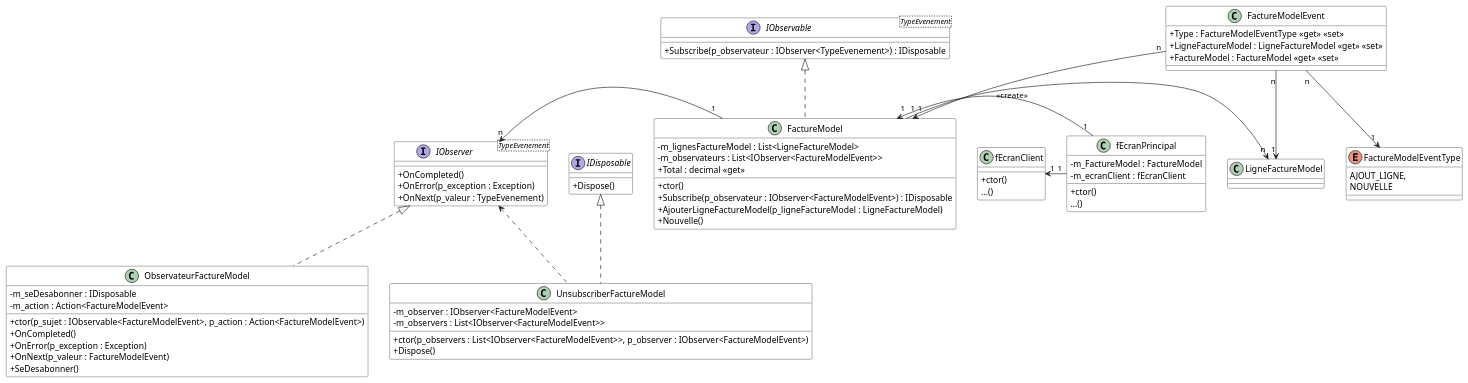
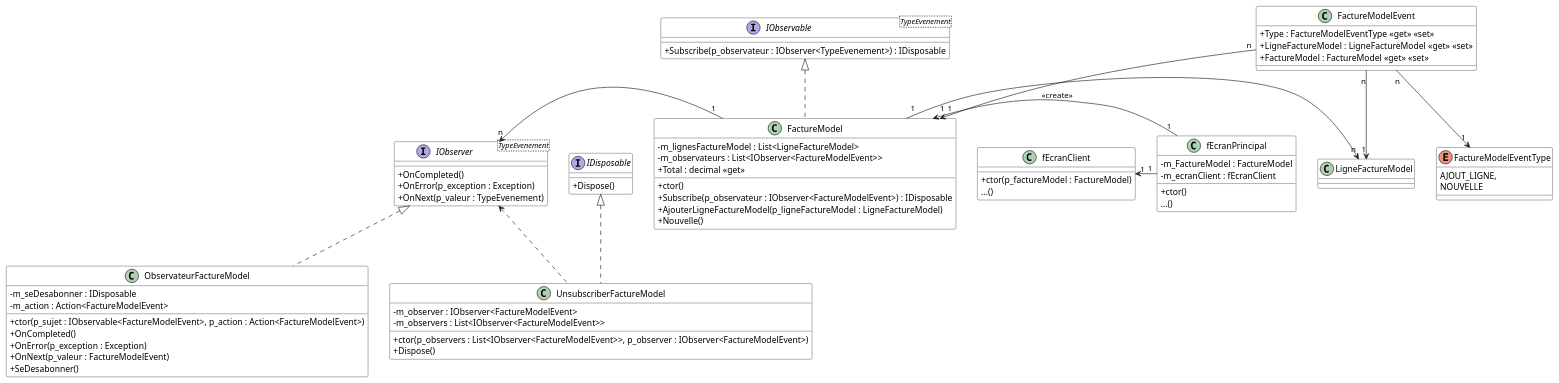
Before and after one commit to PiFou86/420-W30-SF: the diagram in Module10_Patrons_Conception02/diag/DiagFactureGen.wsd, drawn with PlantUML. The commit also changed 3 other files, not shown here.

```diff
--- a/Module10_Patrons_Conception02/diag/DiagFactureGen.wsd
+++ b/Module10_Patrons_Conception02/diag/DiagFactureGen.wsd
@@ -1,93 +1,93 @@
 @startuml DiagAppFactureGen
 
 skinparam classAttributeIconSize 0
 skinparam class {
     BackgroundColor White
     BorderColor #000
 }
 
 interface IDisposable {
     + Dispose()
 }
 
 interface IObservable<TypeEvenement> {
     + Subscribe(p_observateur : IObserver<TypeEvenement>) : IDisposable
 }
 
 interface IObserver<TypeEvenement> {
     + OnCompleted()
     + OnError(p_exception : Exception)
     + OnNext(p_valeur : TypeEvenement)
 }
 
 class FactureModel {
     - m_lignesFactureModel : List<LigneFactureModel>
     - m_observateurs : List<IObserver<FactureModelEvent>>
     + Total : decimal <<get>>
     + ctor()
     + Subscribe(p_observateur : IObserver<FactureModelEvent>) : IDisposable
     + AjouterLigneFactureModel(p_ligneFactureModel : LigneFactureModel)
     + Nouvelle()
 }
 
 class fEcranPrincipal {
     - m_FactureModel : FactureModel
     - m_ecranClient : fEcranClient
     + ctor()
     ...()
 }
 
 class fEcranClient {
-    + ctor()
+    + ctor(p_factureModel : FactureModel)
     ...()
 }
 
 class ObservateurFactureModel {
     - m_seDesabonner : IDisposable
     - m_action : Action<FactureModelEvent>
     + ctor(p_sujet : IObservable<FactureModelEvent>, p_action : Action<FactureModelEvent>)
     + OnCompleted()
     + OnError(p_exception : Exception)
     + OnNext(p_valeur : FactureModelEvent)
     + SeDesabonner()
 }
 
 class UnsubscriberFactureModel {
     - m_observer : IObserver<FactureModelEvent>
     - m_observers : List<IObserver<FactureModelEvent>>
     + ctor(p_observers : List<IObserver<FactureModelEvent>>, p_observer : IObserver<FactureModelEvent>)
     + Dispose()
 }
 
 class FactureModelEvent {
     + Type : FactureModelEventType <<get>> <<set>>
     + LigneFactureModel : LigneFactureModel <<get>> <<set>>
     + FactureModel : FactureModel <<get>> <<set>>
 }
 
 enum FactureModelEventType {
     AJOUT_LIGNE,
     NOUVELLE
 }
 
 FactureModelEvent "n" --> "1" FactureModel
 FactureModelEvent "n" --> "1" LigneFactureModel
 FactureModelEvent "n" --> "1" FactureModelEventType
 
 fEcranPrincipal "1" -right-> "1" FactureModel : <<create>>
 fEcranPrincipal "1" -left-> "1" fEcranClient
 'fEcranPrincipal "1" ..> "1" ObservateurFactureModel : <<create>>
 
 FactureModel "1" -left-> "n" IObserver
 FactureModel "1" -right-> "n" LigneFactureModel
 
 'fEcranClient "1" --> "1" FactureModel
 'fEcranClient "1" ..> "1" ObservateurFactureModel : <<create>>
 
 IObserver <|.. ObservateurFactureModel
 IDisposable <|.. UnsubscriberFactureModel
 IObserver <.. UnsubscriberFactureModel
 IObservable <|.. FactureModel
 
 
 @enduml
```
